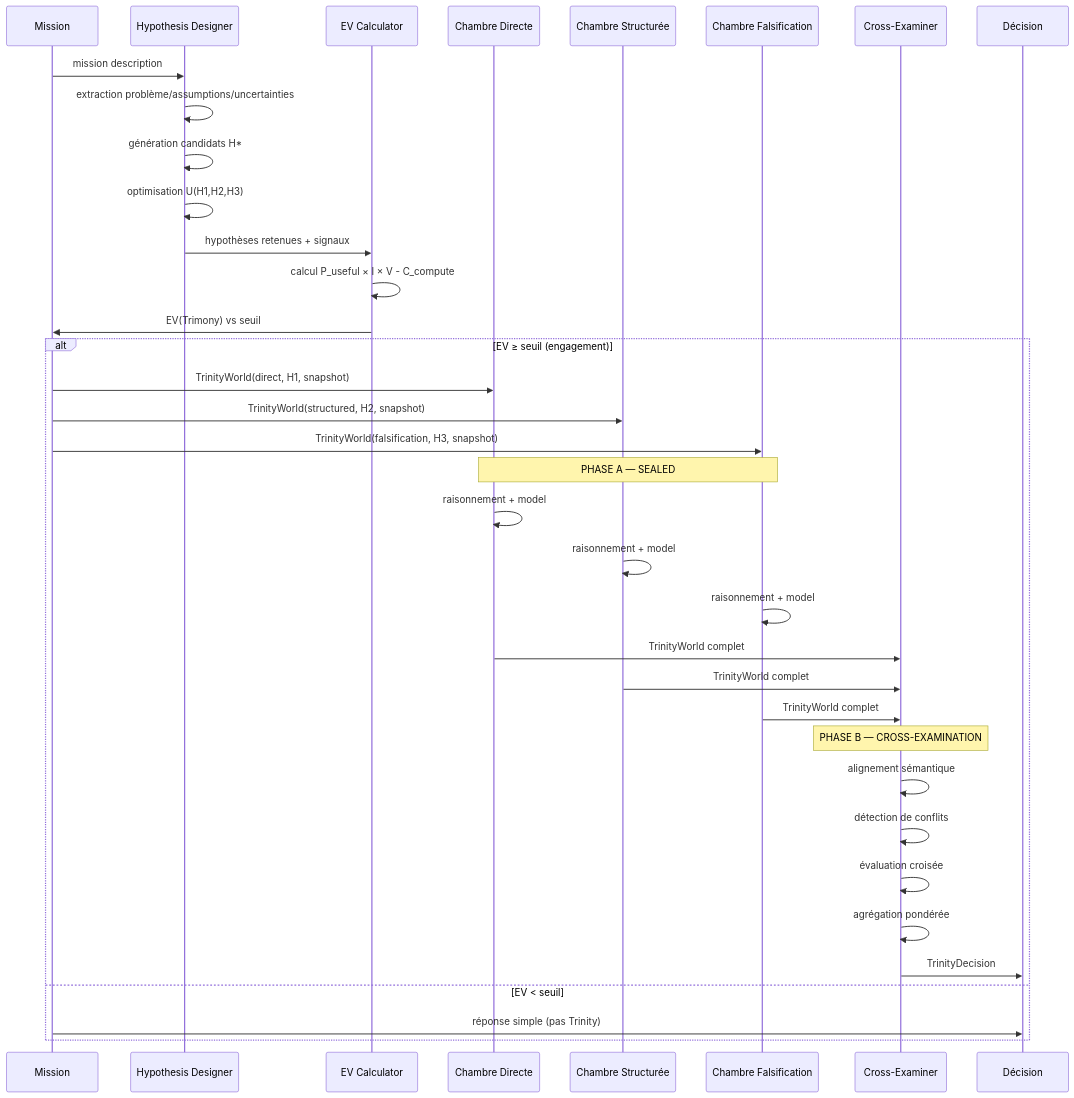
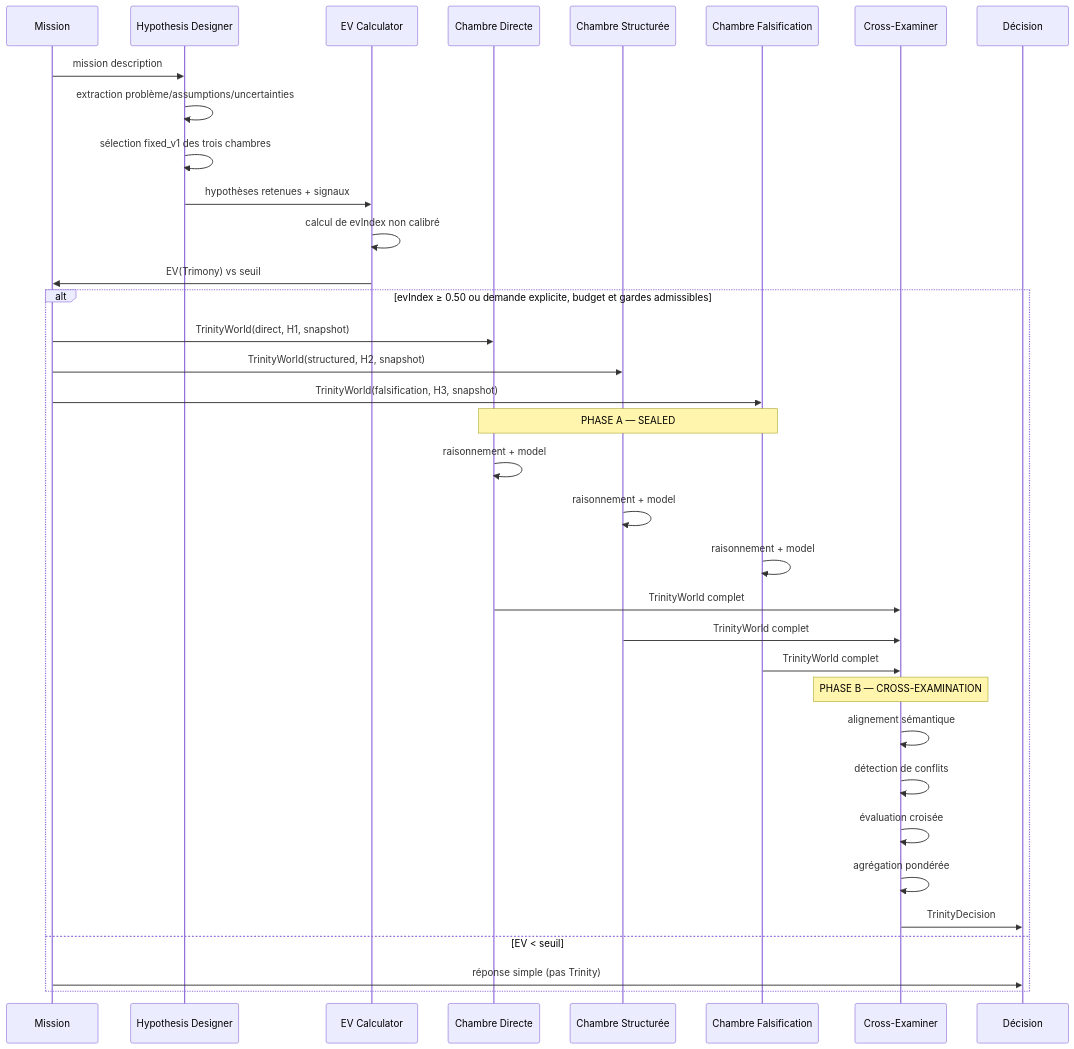
One commit to PISSARAW/GenOS changed the first of 2 diagrams in docs/02-orchestration/topologies/trinity.md. Above: the diagram before and after it, drawn with Mermaid. The commit also changed other lines of this file and 2 other files, not shown here.

````diff
--- a/docs/02-orchestration/topologies/trinity.md
+++ b/docs/02-orchestration/topologies/trinity.md
@@ -335,43 +424,42 @@
 ```mermaid
 sequenceDiagram
     participant M as Mission
     participant HD as Hypothesis Designer
     participant EV as EV Calculator
     participant C1 as Chambre Directe
     participant C2 as Chambre Structurée
     participant C3 as Chambre Falsification
     participant XA as Cross-Examiner
     participant D as Décision
 
     M->>HD: mission description
     HD->>HD: extraction problème/assumptions/uncertainties
-    HD->>HD: génération candidats H*
-    HD->>HD: optimisation U(H1,H2,H3)
+    HD->>HD: sélection fixed_v1 des trois chambres
     HD->>EV: hypothèses retenues + signaux
-    EV->>EV: calcul P_useful × I × V - C_compute
+    EV->>EV: calcul de evIndex non calibré
     EV->>M: EV(Trimony) vs seuil
 
-    alt EV ≥ seuil (engagement)
+    alt evIndex ≥ 0.50 ou demande explicite, budget et gardes admissibles
         M->>C1: TrinityWorld(direct, H1, snapshot)
         M->>C2: TrinityWorld(structured, H2, snapshot)
         M->>C3: TrinityWorld(falsification, H3, snapshot)
 
         Note over C1,C3: PHASE A — SEALED
         C1->>C1: raisonnement + model
         C2->>C2: raisonnement + model
         C3->>C3: raisonnement + model
 
         C1->>XA: TrinityWorld complet
         C2->>XA: TrinityWorld complet
         C3->>XA: TrinityWorld complet
 
         Note over XA: PHASE B — CROSS-EXAMINATION
         XA->>XA: alignement sémantique
         XA->>XA: détection de conflits
         XA->>XA: évaluation croisée
         XA->>XA: agrégation pondérée
         XA->>D: TrinityDecision
     else EV < seuil
         M->>D: réponse simple (pas Trinity)
     end
 ```
````
